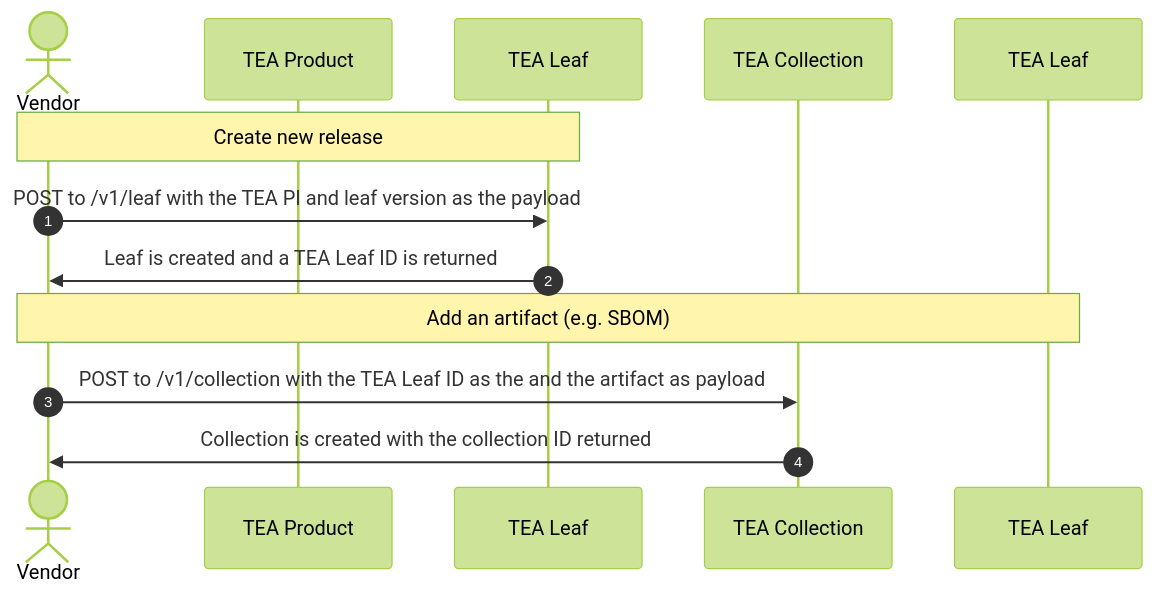
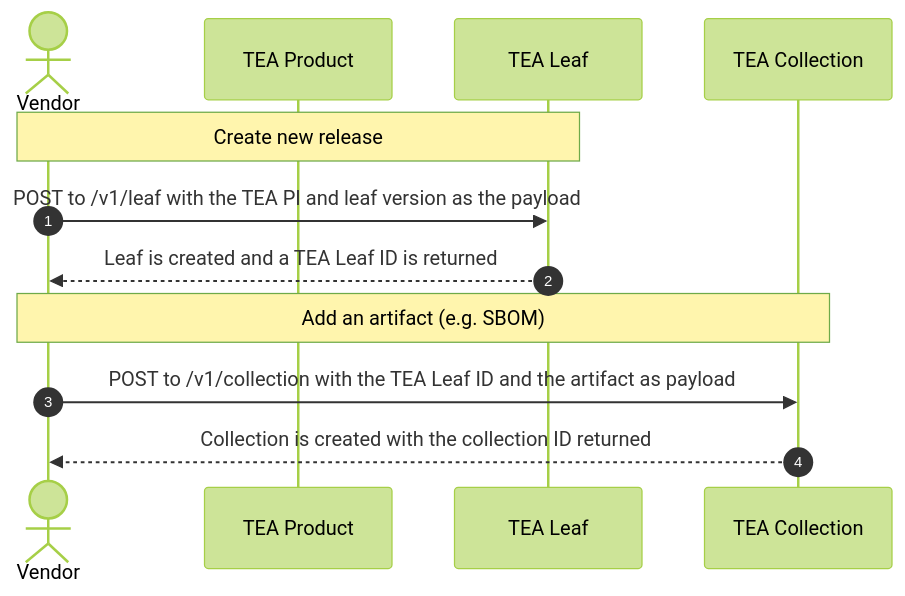
Before and after one commit to vpetersson/transparency-exchange-api: the second of 4 diagrams in api-flow/publisher.md, drawn with Mermaid (forest theme). The commit also changed other lines of this file and 2 other files, not shown here.

Commit message:
Updates diagrams. Alignment with API specs and adds example

````diff
--- a/api-flow/publisher.md
+++ b/api-flow/publisher.md
@@ -25,17 +25,17 @@
 ```mermaid
 sequenceDiagram
     autonumber
     actor Vendor
     participant tea_product as TEA Product
     participant tea_leaf as TEA Leaf
     participant tea_collection as TEA Collection
 
     Note over Vendor,tea_leaf: Create new release
 
     Vendor ->> tea_leaf: POST to /v1/leaf with the TEA PI and leaf version as the payload
-    tea_leaf ->> Vendor: Leaf is created and a TEA Leaf ID is returned
+    tea_leaf -->> Vendor: Leaf is created and a TEA Leaf ID is returned
 
-    Note over Vendor,TEA Leaf: Add an artifact (e.g. SBOM)
-    Vendor ->> tea_collection: POST to /v1/collection with the TEA Leaf ID as the and the artifact as payload
-    tea_collection ->> Vendor: Collection is created with the collection ID returned
+    Note over Vendor,tea_collection: Add an artifact (e.g. SBOM)
+    Vendor ->> tea_collection: POST to /v1/collection with the TEA Leaf ID and the artifact as payload
+    tea_collection -->> Vendor: Collection is created with the collection ID returned
 ```
````
